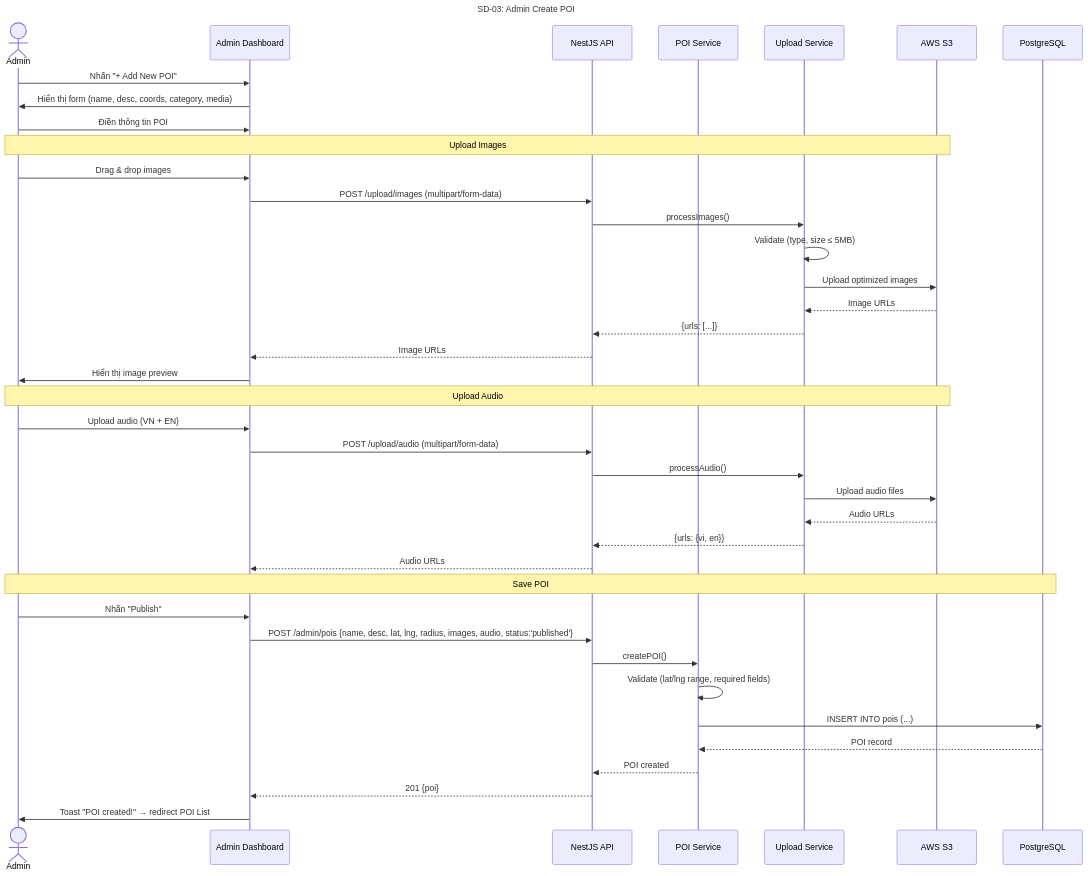
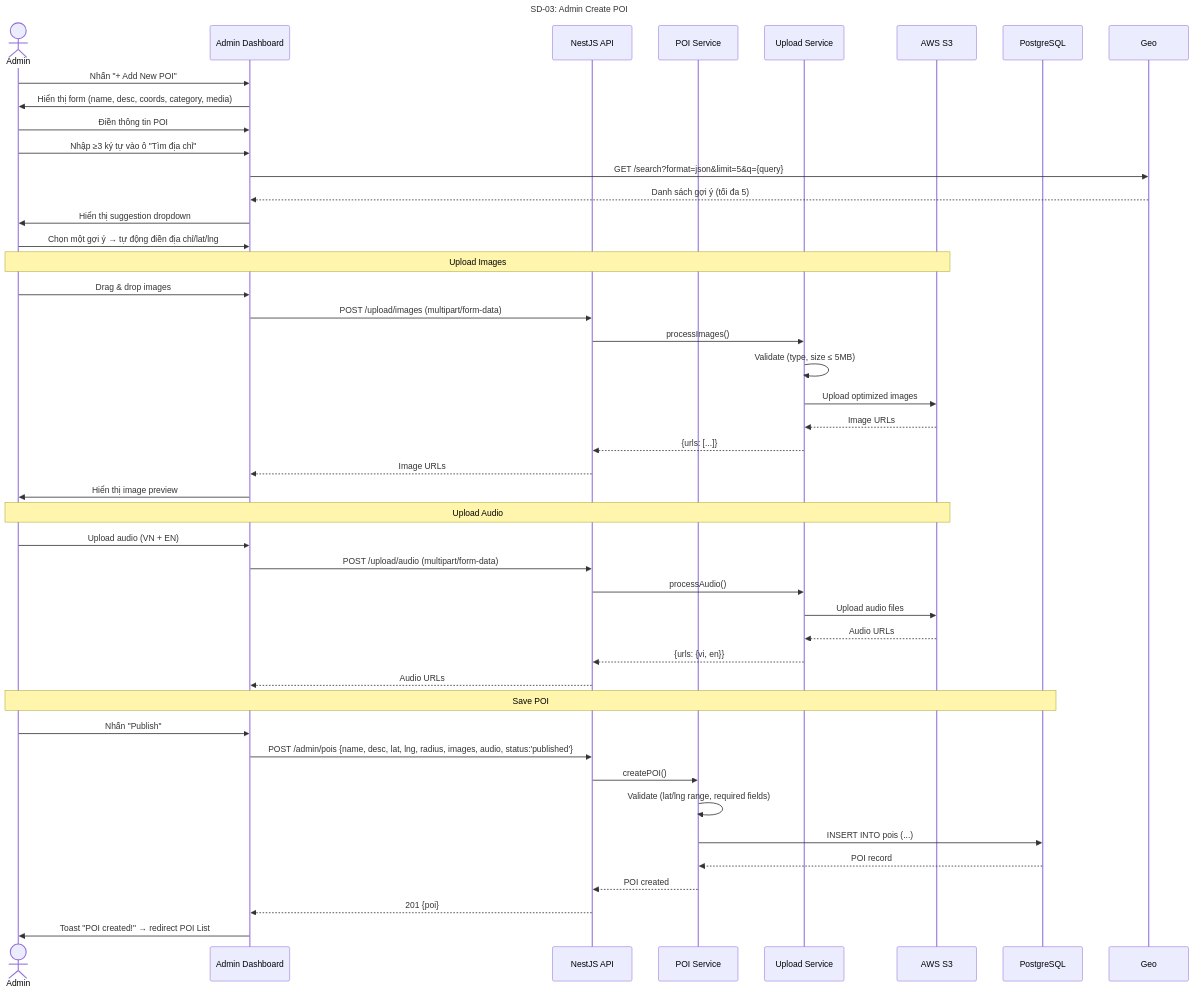
Before and after one commit to Ttuandatt/Seminar: the third of 17 diagrams in docs/step3_prd/15_sequence_diagrams.md, drawn with Mermaid. The commit also changed other lines of this file and 13 other files, not shown here.

Commit message:
docs(prd): update personas, user stories, requirements, diagrams to reflect latest features

````diff
--- a/docs/step3_prd/15_sequence_diagrams.md
+++ b/docs/step3_prd/15_sequence_diagrams.md
@@ -135,47 +136,52 @@
 ```mermaid
 sequenceDiagram
     title SD-03: Admin Create POI
     actor Admin
     participant UI as Admin Dashboard
     participant API as NestJS API
     participant POI as POI Service
     participant Upload as Upload Service
     participant S3 as AWS S3
     participant DB as PostgreSQL
 
     Admin->>UI: Nhấn "+ Add New POI"
     UI->>Admin: Hiển thị form (name, desc, coords, category, media)
     
     Admin->>UI: Điền thông tin POI
+    Admin->>UI: Nhập ≥3 ký tự vào ô "Tìm địa chỉ"
+    UI->>Geo: GET /search?format=json&limit=5&q={query}
+    Geo-->>UI: Danh sách gợi ý (tối đa 5)
+    UI->>Admin: Hiển thị suggestion dropdown
+    Admin->>UI: Chọn một gợi ý → tự động điền địa chỉ/lat/lng
 
     Note over Admin, S3: Upload Images
     Admin->>UI: Drag & drop images
     UI->>API: POST /upload/images (multipart/form-data)
     API->>Upload: processImages()
     Upload->>Upload: Validate (type, size ≤ 5MB)
     Upload->>S3: Upload optimized images
     S3-->>Upload: Image URLs
     Upload-->>API: {urls: [...]}
     API-->>UI: Image URLs
     UI->>Admin: Hiển thị image preview
 
     Note over Admin, S3: Upload Audio
     Admin->>UI: Upload audio (VN + EN)
     UI->>API: POST /upload/audio (multipart/form-data)
     API->>Upload: processAudio()
     Upload->>S3: Upload audio files
     S3-->>Upload: Audio URLs
     Upload-->>API: {urls: {vi, en}}
     API-->>UI: Audio URLs
 
     Note over Admin, DB: Save POI
     Admin->>UI: Nhấn "Publish"
     UI->>API: POST /admin/pois {name, desc, lat, lng, radius, images, audio, status:'published'}
     API->>POI: createPOI()
     POI->>POI: Validate (lat/lng range, required fields)
     POI->>DB: INSERT INTO pois (...)
     DB-->>POI: POI record
     POI-->>API: POI created
     API-->>UI: 201 {poi}
     UI->>Admin: Toast "POI created!" → redirect POI List
 ```
````
